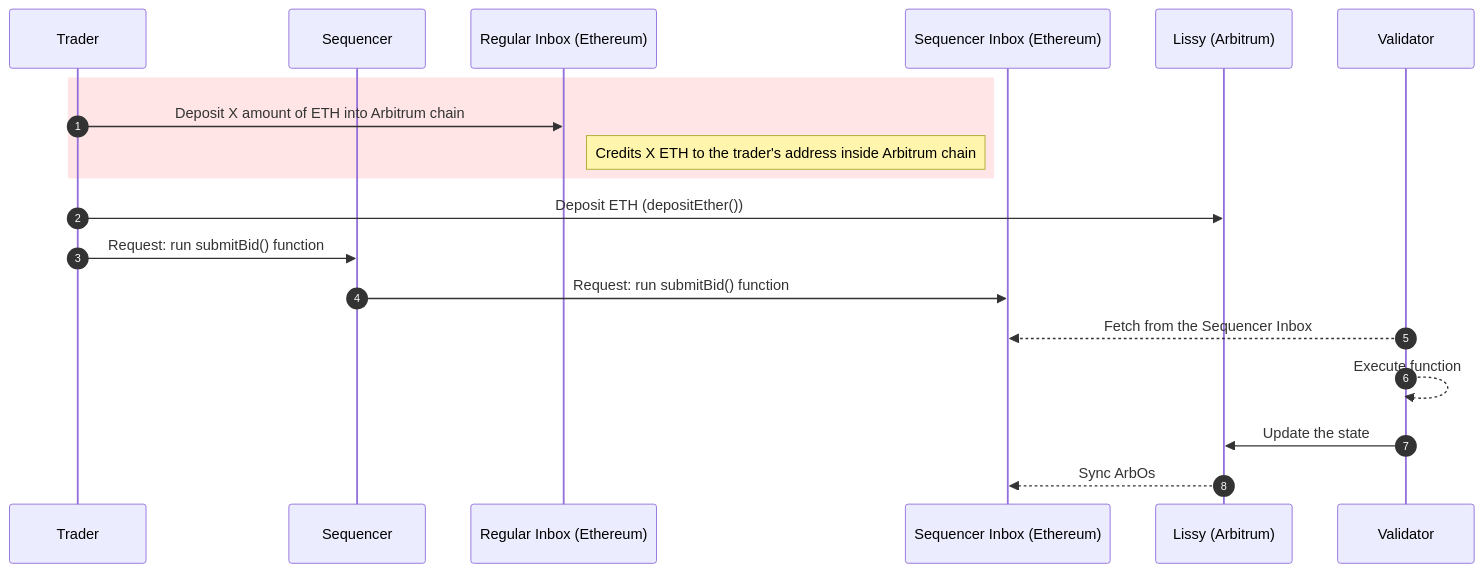
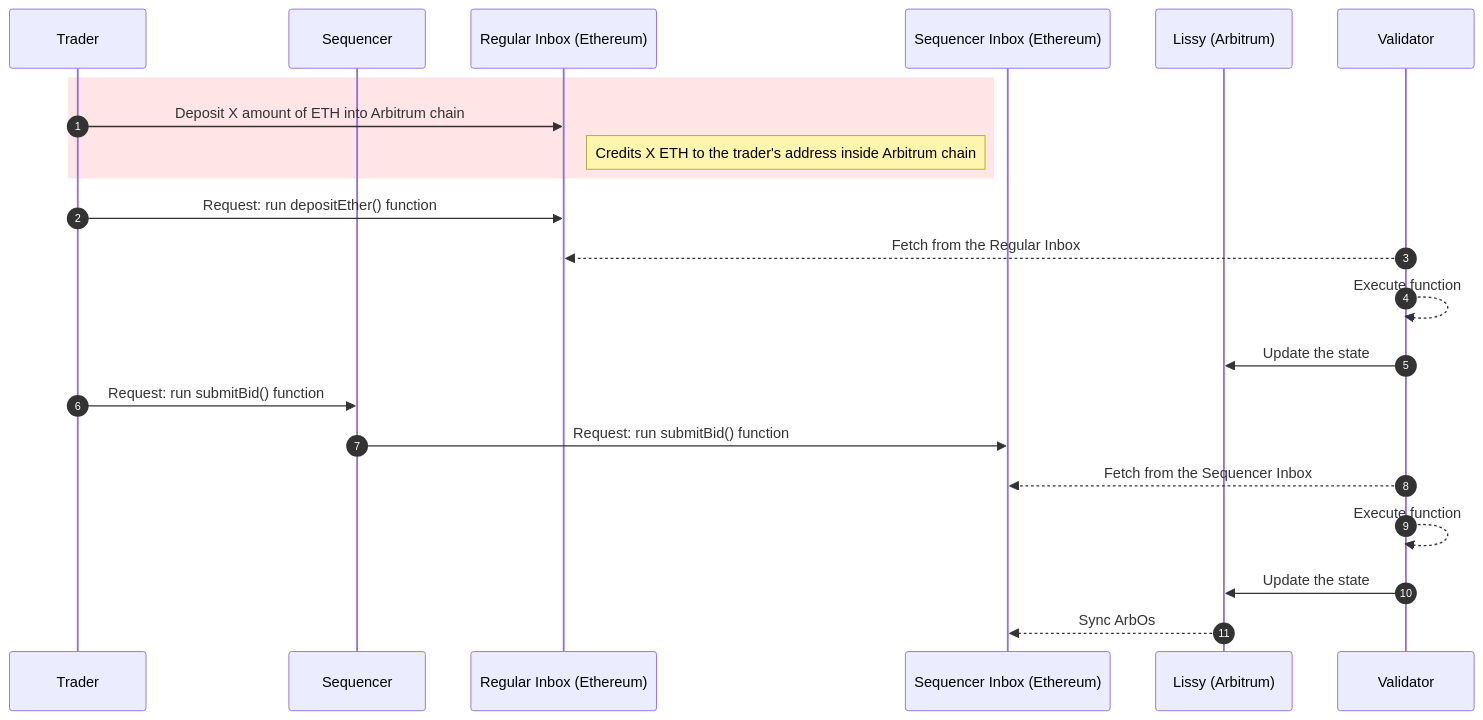
Before and after one commit to MadibaGroup/2020-Orderbook: the diagram in LaTeX-LNCS-2022/fig/lissyL2.md, drawn with Mermaid. The commit also changed 6 other files, not shown here.

Commit message:
added text for L2 diagram

````diff
--- a/LaTeX-LNCS-2022/fig/lissyL2.md
+++ b/LaTeX-LNCS-2022/fig/lissyL2.md
@@ -1,22 +1,24 @@
 ```mermaid
 sequenceDiagram
 autonumber
 participant Trader
 participant Sequencer
 participant Regular Inbox (Ethereum)
 participant Sequencer Inbox (Ethereum)
 participant Lissy (Arbitrum)
 participant Validator
 rect rgb(255, 0, 0, 0.1)
 Trader->>Regular Inbox (Ethereum): Deposit X amount of ETH into Arbitrum chain
 Note right of Regular Inbox (Ethereum): Credits X ETH to the trader's address inside Arbitrum chain
 end
-Trader->>Lissy (Arbitrum): Deposit ETH (depositEther())
-
+Trader->>Regular Inbox (Ethereum): Request: run depositEther() function
+Validator-->>Regular Inbox (Ethereum): Fetch from the Regular Inbox
+Validator-->>Validator: Execute function
+Validator->>Lissy (Arbitrum):Update the state
 Trader->>Sequencer: Request: run submitBid() function
 Sequencer->>Sequencer Inbox (Ethereum):Request: run submitBid() function
 Validator-->>Sequencer Inbox (Ethereum): Fetch from the Sequencer Inbox
 Validator-->>Validator: Execute function
 Validator->>Lissy (Arbitrum):Update the state
 Lissy (Arbitrum)-->>Sequencer Inbox (Ethereum): Sync ArbOs
 ```
````
